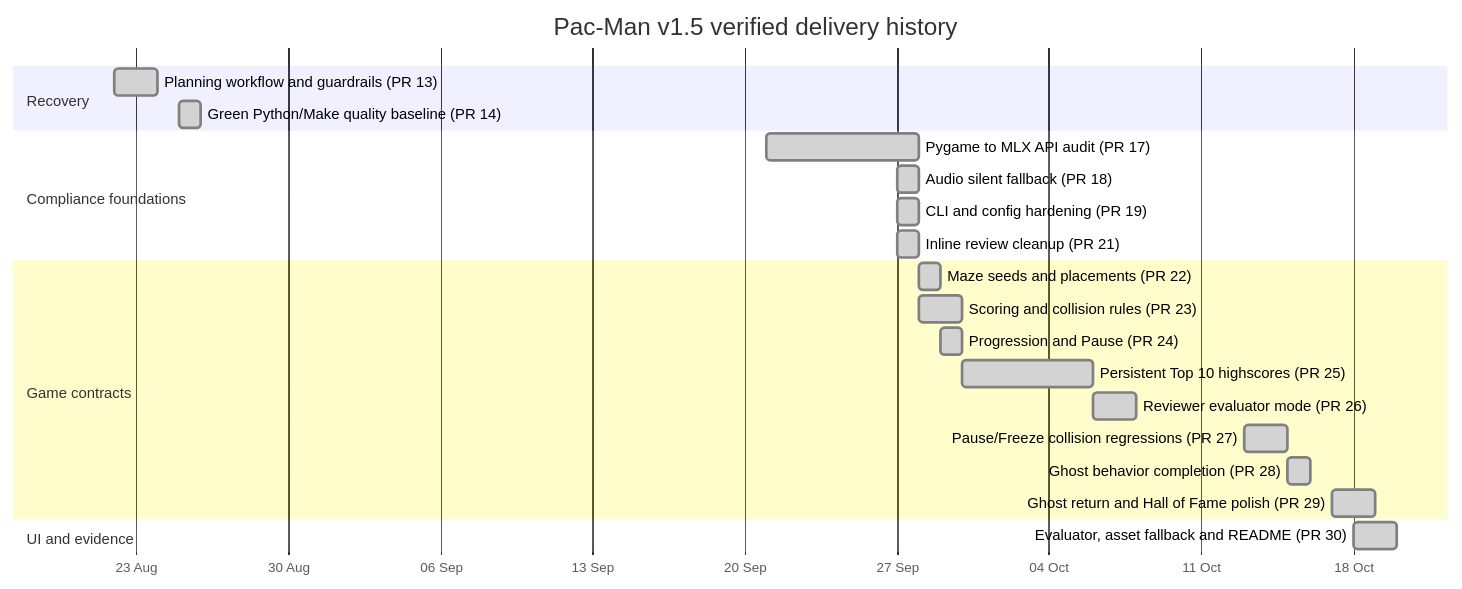
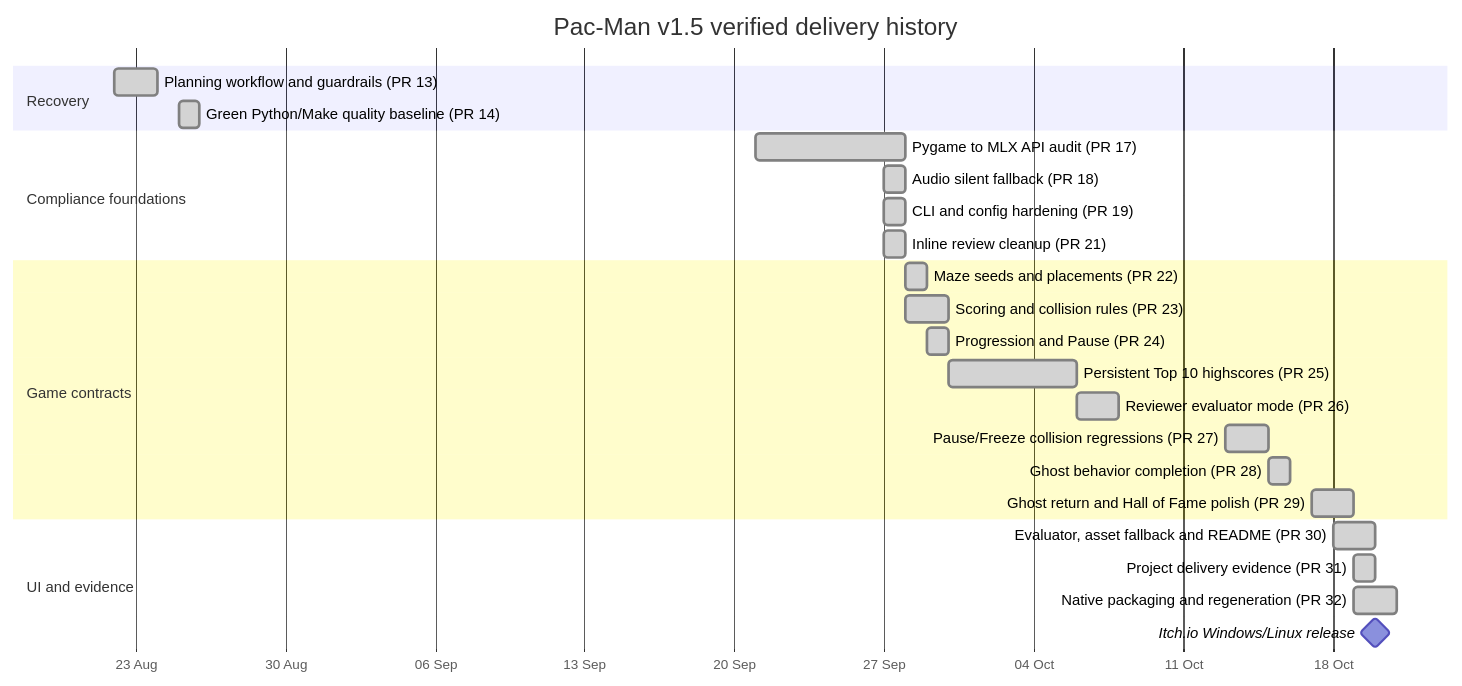
The diagram in project-management/timeline.md (AnaisCaire/Pac-Man), drawn with Mermaid before and after one commit. The commit also changed other lines of this file and 6 other files, not shown here.

Commit message:
docs: finalize Itch.io release evidence

````diff
--- a/project-management/timeline.md
+++ b/project-management/timeline.md
@@ -8,29 +8,32 @@
 ```mermaid
 gantt
     title Pac-Man v1.5 verified delivery history
     dateFormat YYYY-MM-DD
     axisFormat %d %b
 
     section Recovery
     Planning workflow and guardrails (PR 13) :done, p13, 2026-08-22, 2d
     Green Python/Make quality baseline (PR 14) :done, p14, 2026-08-25, 1d
 
     section Compliance foundations
     Pygame to MLX API audit (PR 17) :done, p17, 2026-09-21, 7d
     Audio silent fallback (PR 18) :done, p18, 2026-09-27, 1d
     CLI and config hardening (PR 19) :done, p19, 2026-09-27, 1d
     Inline review cleanup (PR 21) :done, p21, 2026-09-27, 1d
 
     section Game contracts
     Maze seeds and placements (PR 22) :done, p22, 2026-09-28, 1d
     Scoring and collision rules (PR 23) :done, p23, 2026-09-28, 2d
     Progression and Pause (PR 24) :done, p24, 2026-09-29, 1d
     Persistent Top 10 highscores (PR 25) :done, p25, 2026-09-30, 6d
     Reviewer evaluator mode (PR 26) :done, p26, 2026-10-06, 2d
     Pause/Freeze collision regressions (PR 27) :done, p27, 2026-10-13, 2d
     Ghost behavior completion (PR 28) :done, p28, 2026-10-15, 1d
     Ghost return and Hall of Fame polish (PR 29) :done, p29, 2026-10-17, 2d
 
     section UI and evidence
     Evaluator, asset fallback and README (PR 30) :done, p30, 2026-10-18, 2d
+    Project delivery evidence (PR 31) :done, p31, 2026-10-19, 1d
+    Native packaging and regeneration (PR 32) :done, p32, 2026-10-19, 2d
+    Itch.io Windows/Linux release :milestone, itch, 2026-10-20, 0d
 ```
````
